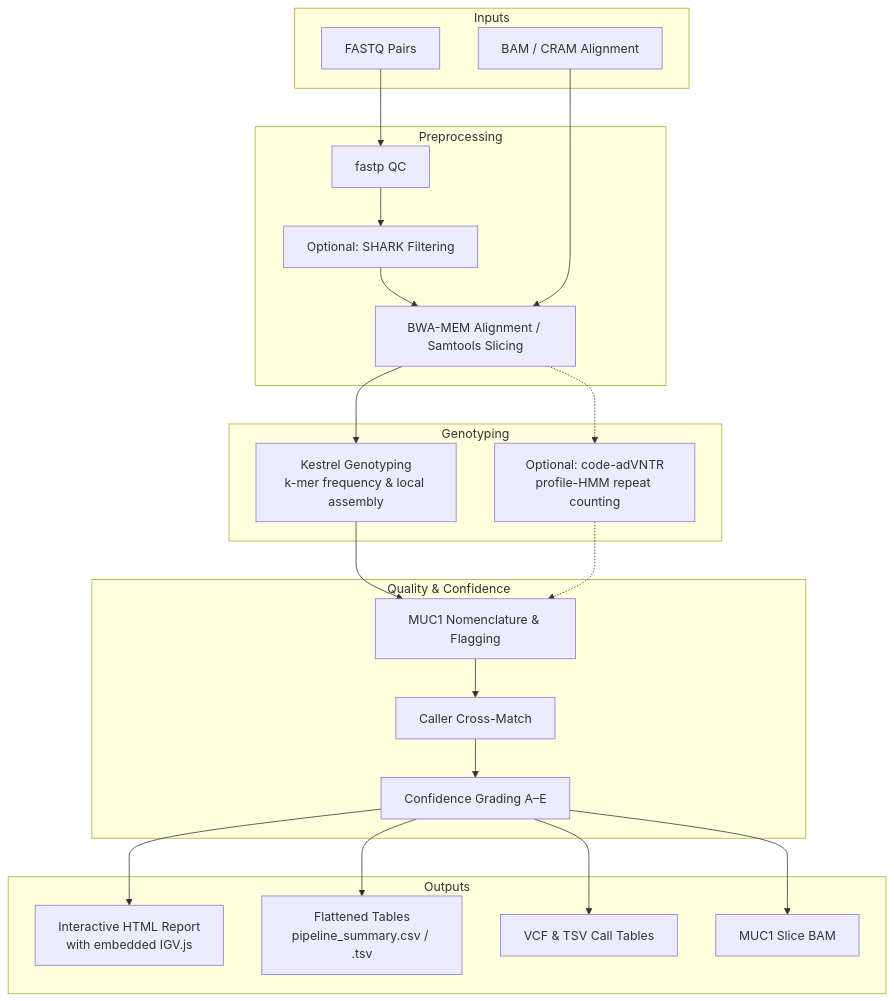
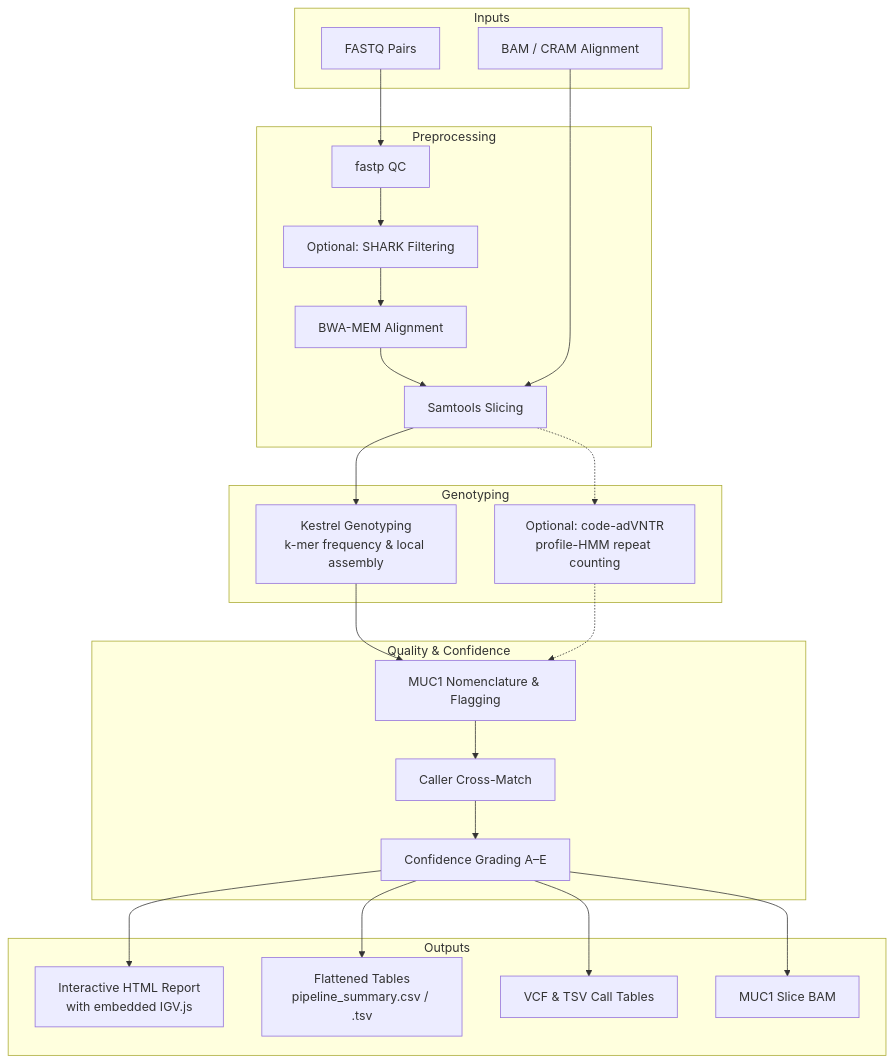
One commit to hassansaei/VNtyper changed the diagram in README.md. Above: the diagram before and after it, drawn with Mermaid. The commit also changed other lines of this file, not shown here.

````diff
--- a/README.md
+++ b/README.md
@@ -301,40 +306,41 @@
 ```mermaid
 flowchart TD
     subgraph Inputs
         A1[FASTQ Pairs]
         A2[BAM / CRAM Alignment]
     end
 
     subgraph Preprocessing
         B1[fastp QC]
         B2[Optional: SHARK Filtering]
-        B3[BWA-MEM Alignment / Samtools Slicing]
+        B3a[BWA-MEM Alignment]
+        B3b[Samtools Slicing]
     end
 
     subgraph Genotyping
         C1[Kestrel Genotyping<br/>k-mer frequency & local assembly]
         C2[Optional: code-adVNTR<br/>profile-HMM repeat counting]
     end
 
     subgraph Quality & Confidence
         D1[MUC1 Nomenclature & Flagging]
         D2[Caller Cross-Match]
         D3[Confidence Grading A–E]
     end
 
     subgraph Outputs
         E1[Interactive HTML Report<br/>with embedded IGV.js]
         E2[Flattened Tables<br/>pipeline_summary.csv / .tsv]
         E3[VCF & TSV Call Tables]
         E4[MUC1 Slice BAM]
     end
 
-    A1 --> B1 --> B2 --> B3
-    A2 --> B3
-    B3 --> C1
-    B3 -.-> C2
+    A1 --> B1 --> B2 --> B3a --> B3b
+    A2 --> B3b
+    B3b --> C1
+    B3b -.-> C2
     C1 --> D1
     C2 -.-> D1
     D1 --> D2 --> D3
     D3 --> E1 & E2 & E3 & E4
 ```
````
